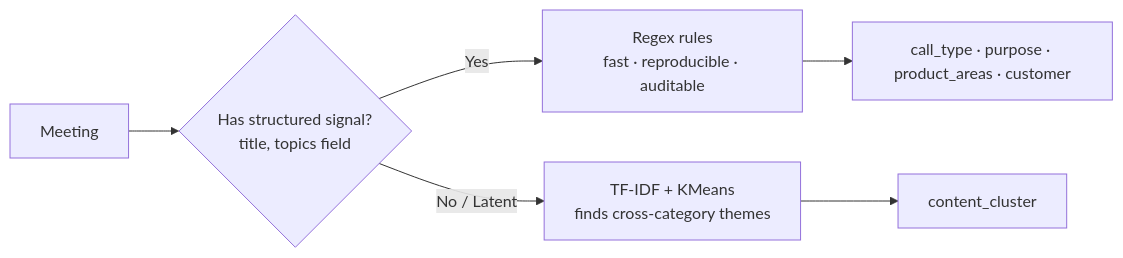
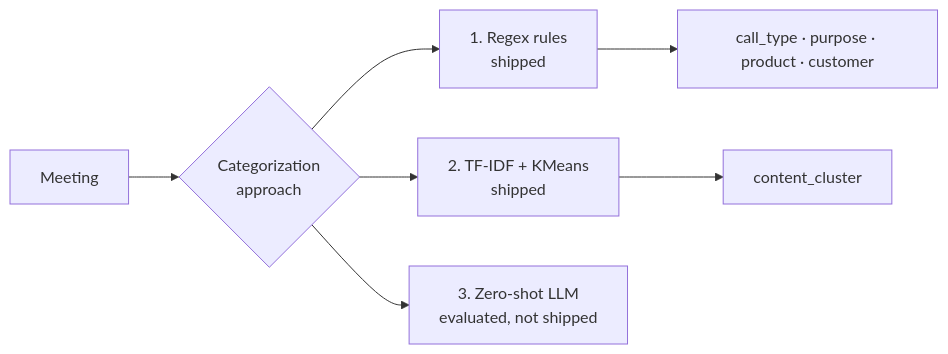
One commit to r2st/rubrik changed the first of 6 diagrams in docs/APPROACH.md. Above: the diagram before and after it, drawn with Mermaid. The commit also changed other lines of this file and 46 other files, not shown here.

````diff
--- a/docs/APPROACH.md
+++ b/docs/APPROACH.md
@@ -21,10 +25,11 @@
 ```mermaid
 flowchart LR
-    Doc[Meeting] --> S1{Has structured signal?<br/>title, topics field}
+    Doc[Meeting] --> Cls{Categorization<br/>approach}
 
-    S1 -->|Yes| Rules[Regex rules<br/>fast · reproducible · auditable]
-    S1 -->|No / Latent| Cluster[TF-IDF + KMeans<br/>finds cross-category themes]
+    Cls --> Rules["1. Regex rules<br/>shipped"]
+    Cls --> Cluster["2. TF-IDF + KMeans<br/>shipped"]
+    Cls --> Zero["3. Zero-shot LLM<br/>evaluated, not shipped"]
 
-    Rules --> Out[call_type · purpose · product_areas · customer]
+    Rules --> Out[call_type · purpose · product · customer]
     Cluster --> Out2[content_cluster]
 ```
````
